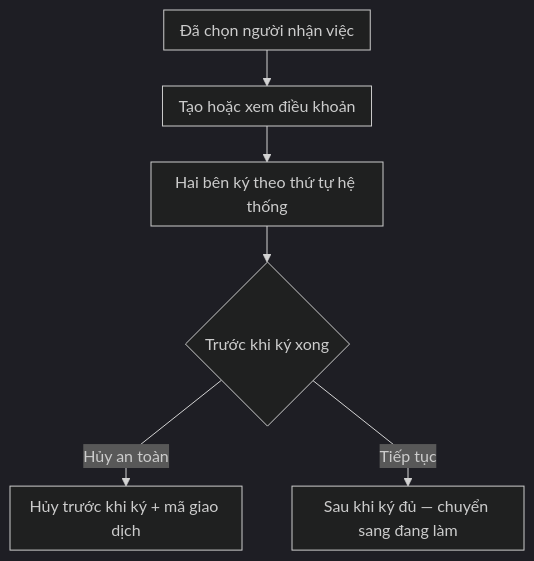
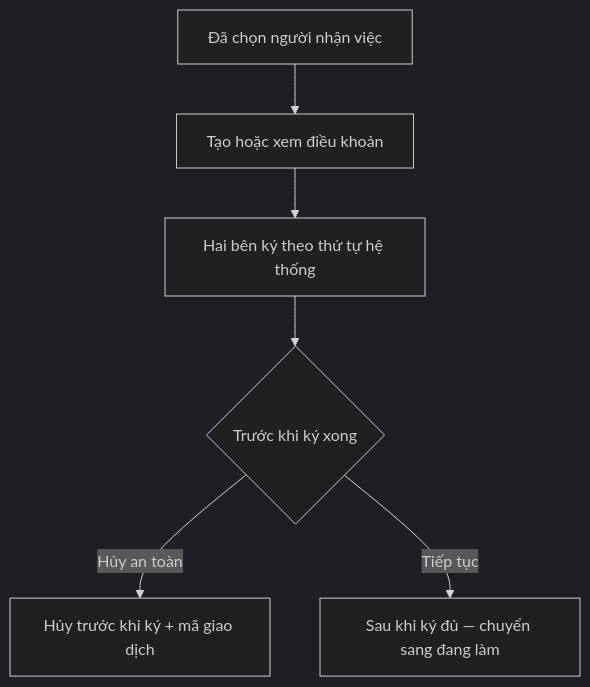
Before and after one commit to dmt041104111003/docs-nckh: the third of 6 diagrams in poster.md, drawn with Mermaid (dark theme). The commit also changed other lines of this file and 7 other files, not shown here.

````diff
--- a/poster.md
+++ b/poster.md
@@ -61,9 +57,8 @@
 ```mermaid
-%%{init: {"flowchart": {"curve": "linear", "padding": 8, "rankSpacing": 36}}}%%
-flowchart TB
+flowchart TD
   A[Đã chọn người nhận việc] --> B[Tạo hoặc xem điều khoản]
   B --> C[Hai bên ký theo thứ tự hệ thống]
   C --> D{Trước khi ký xong}
   D -->|Hủy an toàn| E[Hủy trước khi ký + mã giao dịch]
   D -->|Tiếp tục| F[Sau khi ký đủ — chuyển sang đang làm]
 ```
````
